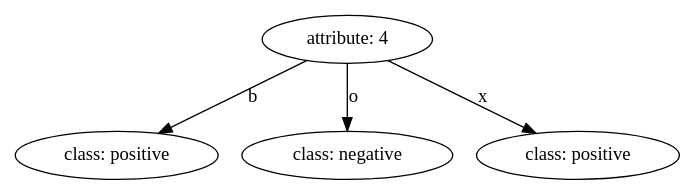
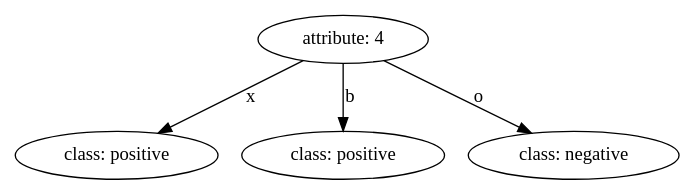
One commit to 11D-Beyonder/Machine-Learning-Coursework changed the diagram in decision_tree/submit/image/pre_pruning-Gain-tic-tac-toe.gv. Above: the diagram before and after it, drawn with Graphviz. The commit also changed 111 other files, not shown here.

```diff
--- a/decision_tree/submit/image/pre_pruning-Gain-tic-tac-toe.gv
+++ b/decision_tree/submit/image/pre_pruning-Gain-tic-tac-toe.gv
@@ -1,9 +1,9 @@
 digraph {
 	1 [label="attribute: 4"]
-	1 -> 2 [label=b]
+	1 -> 2 [label=x]
 	2 [label="class: positive"]
-	1 -> 3 [label=o]
-	3 [label="class: negative"]
-	1 -> 4 [label=x]
-	4 [label="class: positive"]
+	1 -> 3 [label=b]
+	3 [label="class: positive"]
+	1 -> 4 [label=o]
+	4 [label="class: negative"]
 }
```
